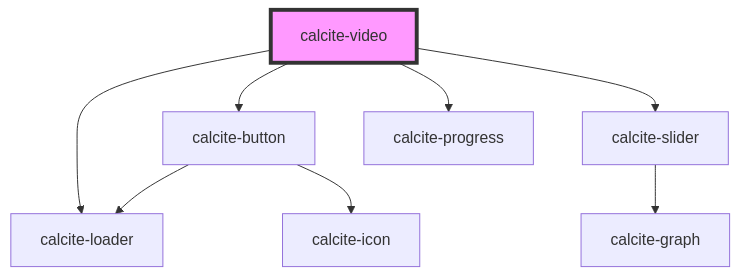
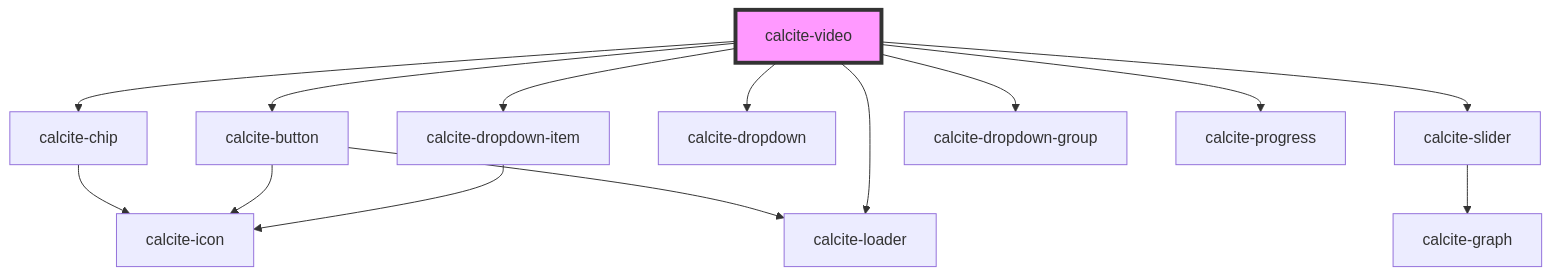
The diagram in src/components/calcite-video/readme.md (Esri/calcite-design-system), drawn with Mermaid before and after one commit. The commit also changed other lines of this file and 13 other files, not shown here.

````diff
--- a/src/components/calcite-video/readme.md
+++ b/src/components/calcite-video/readme.md
@@ -45,11 +56,17 @@
 ```mermaid
 graph TD;
+  calcite-video --> calcite-dropdown-item
   calcite-video --> calcite-button
   calcite-video --> calcite-slider
+  calcite-video --> calcite-dropdown
+  calcite-video --> calcite-chip
+  calcite-video --> calcite-dropdown-group
   calcite-video --> calcite-progress
   calcite-video --> calcite-loader
+  calcite-dropdown-item --> calcite-icon
   calcite-button --> calcite-loader
   calcite-button --> calcite-icon
   calcite-slider --> calcite-graph
+  calcite-chip --> calcite-icon
   style calcite-video fill:#f9f,stroke:#333,stroke-width:4px
 ```
````
